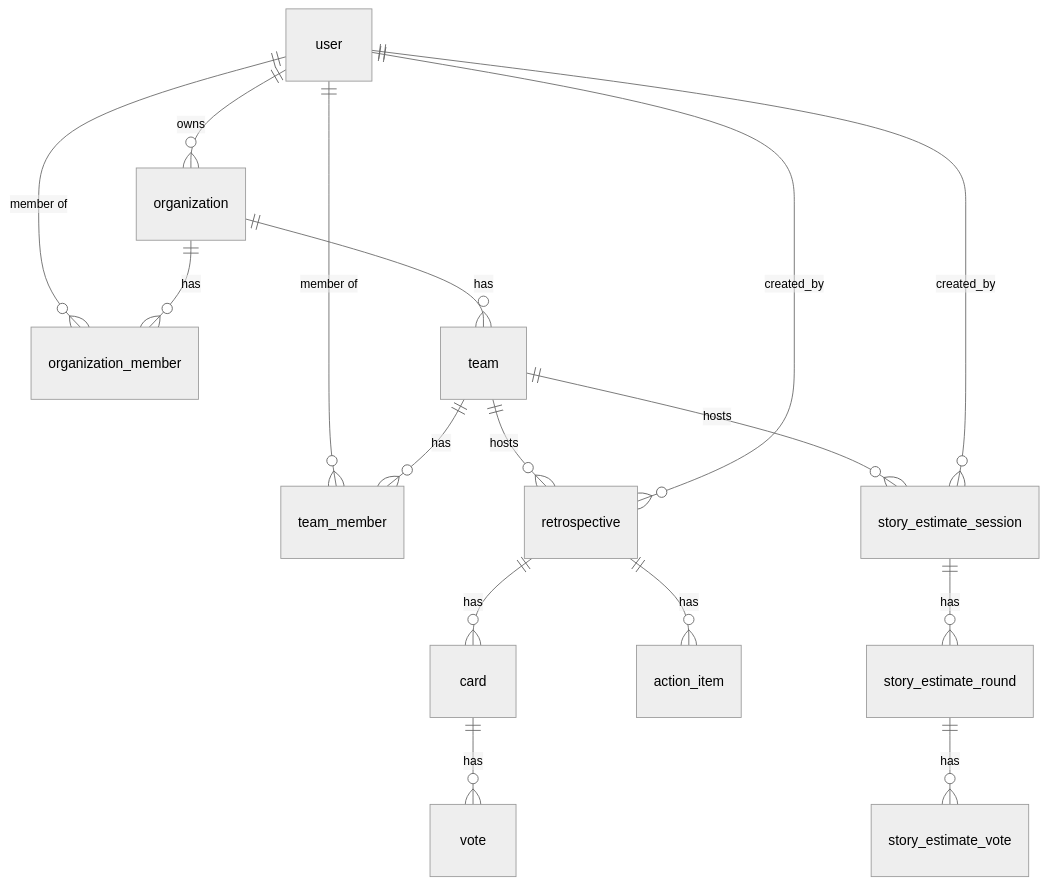
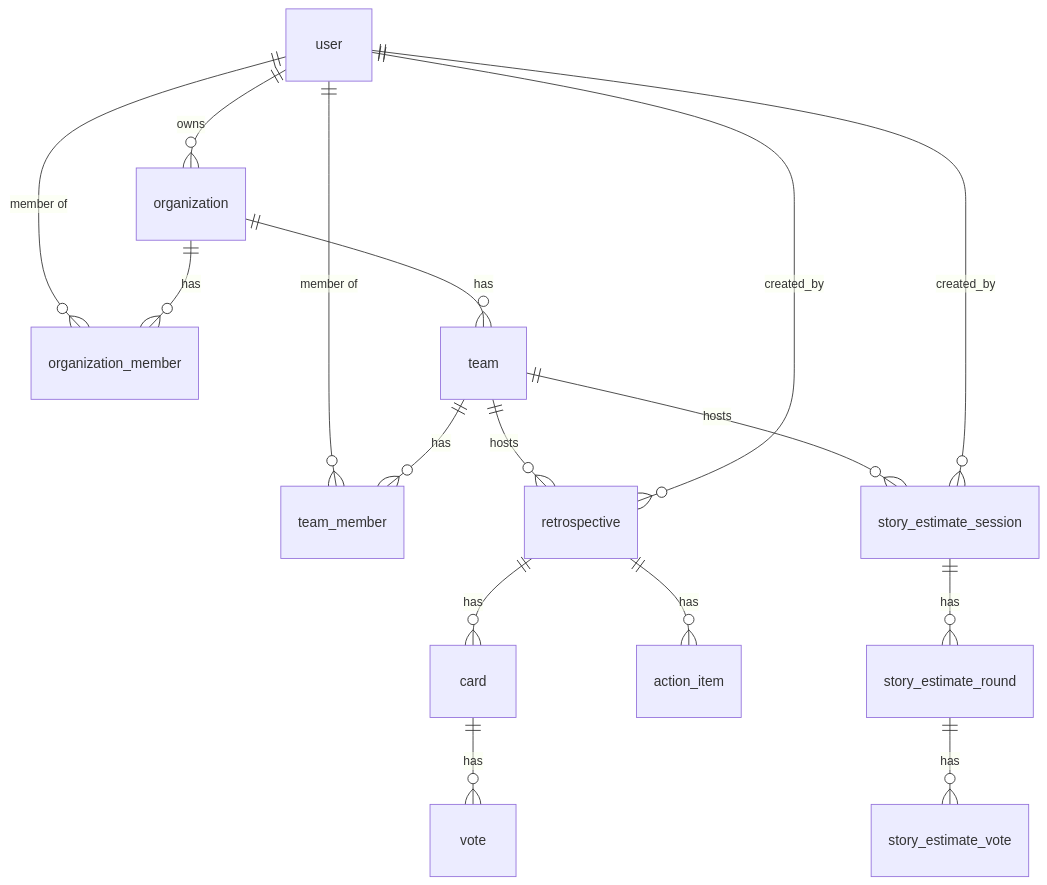
The diagram in docs/database/schema.md (kevin-gatimu/retro-tool-v2), drawn with Mermaid before and after one commit. The commit also changed other lines of this file and 42 other files, not shown here.

````diff
--- a/docs/database/schema.md
+++ b/docs/database/schema.md
@@ -1035,19 +1035,18 @@
 ```mermaid
-%%{init: {'theme':'neutral'}}%%
 erDiagram
     user ||--o{ organization_member : "member of"
     user ||--o{ team_member : "member of"
     user ||--o{ organization : "owns"
     organization ||--o{ organization_member : "has"
     organization ||--o{ team : "has"
     team ||--o{ team_member : "has"
     team ||--o{ retrospective : "hosts"
     team ||--o{ story_estimate_session : "hosts"
     user ||--o{ retrospective : "created_by"
     user ||--o{ story_estimate_session : "created_by"
     retrospective ||--o{ card : "has"
     retrospective ||--o{ action_item : "has"
     card ||--o{ vote : "has"
     story_estimate_session ||--o{ story_estimate_round : "has"
     story_estimate_round ||--o{ story_estimate_vote : "has"
 ```
````
